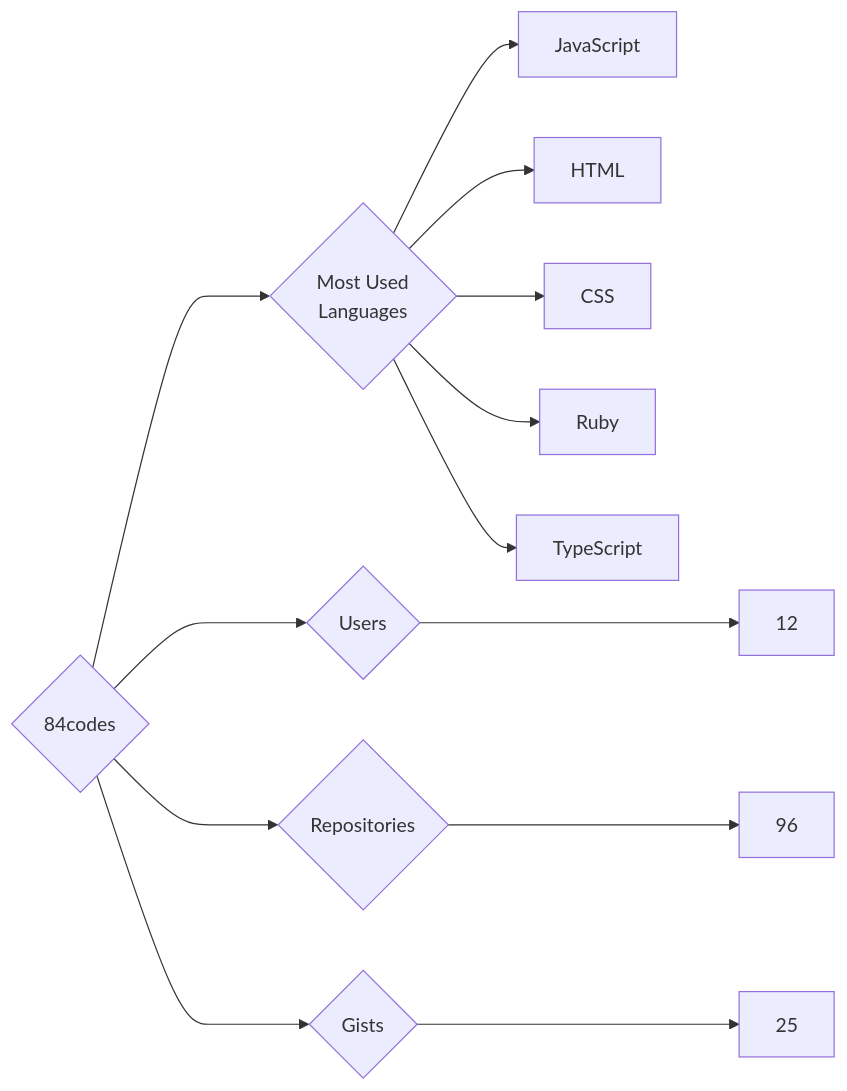
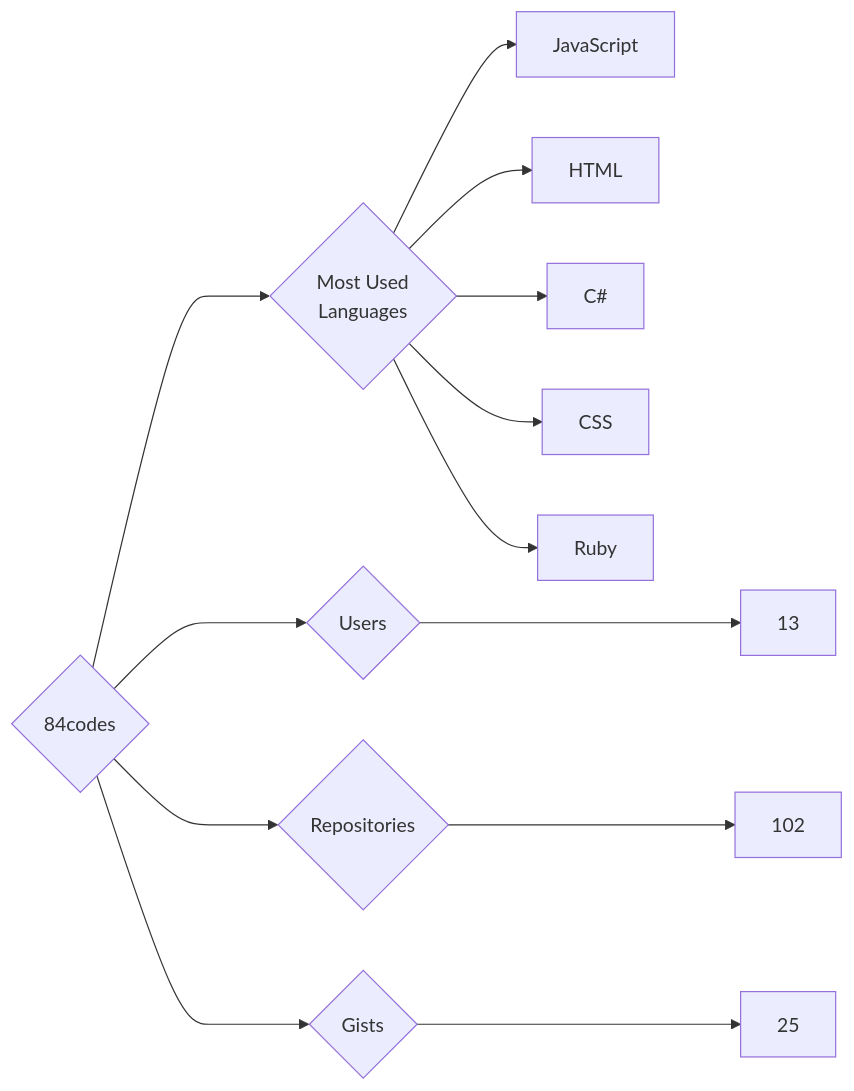
Before and after one commit to trickest/insiders: the diagram in targets/84codes/README.md, drawn with Mermaid. The commit also changed 1166 other files, not shown here.

````diff
--- a/targets/84codes/README.md
+++ b/targets/84codes/README.md
@@ -3,13 +3,13 @@
 ```mermaid
 graph LR
 COMPANY_NAME{84codes}
-COMPANY_NAME ---> U{Users} ---> UN[12]
-COMPANY_NAME ---> R{Repositories} ---> RN[96]
+COMPANY_NAME ---> U{Users} ---> UN[13]
+COMPANY_NAME ---> R{Repositories} ---> RN[102]
 COMPANY_NAME ---> G{Gists} ---> GN[25]
 COMPANY_NAME ---> ML{Most Used<br>Languages}
 ML --> JavaScript[JavaScript]
 ML --> HTML[HTML]
+ML --> C#[C#]
 ML --> CSS[CSS]
 ML --> Ruby[Ruby]
-ML --> TypeScript[TypeScript]
 ```
````
